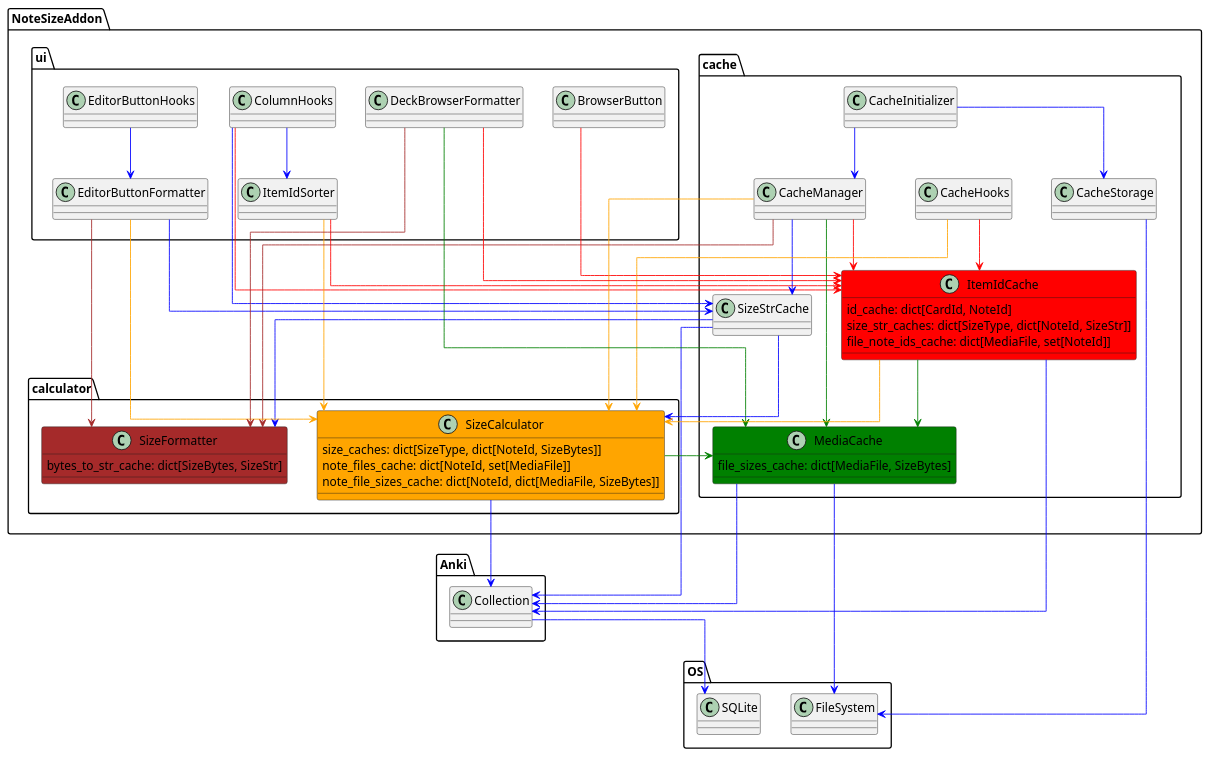
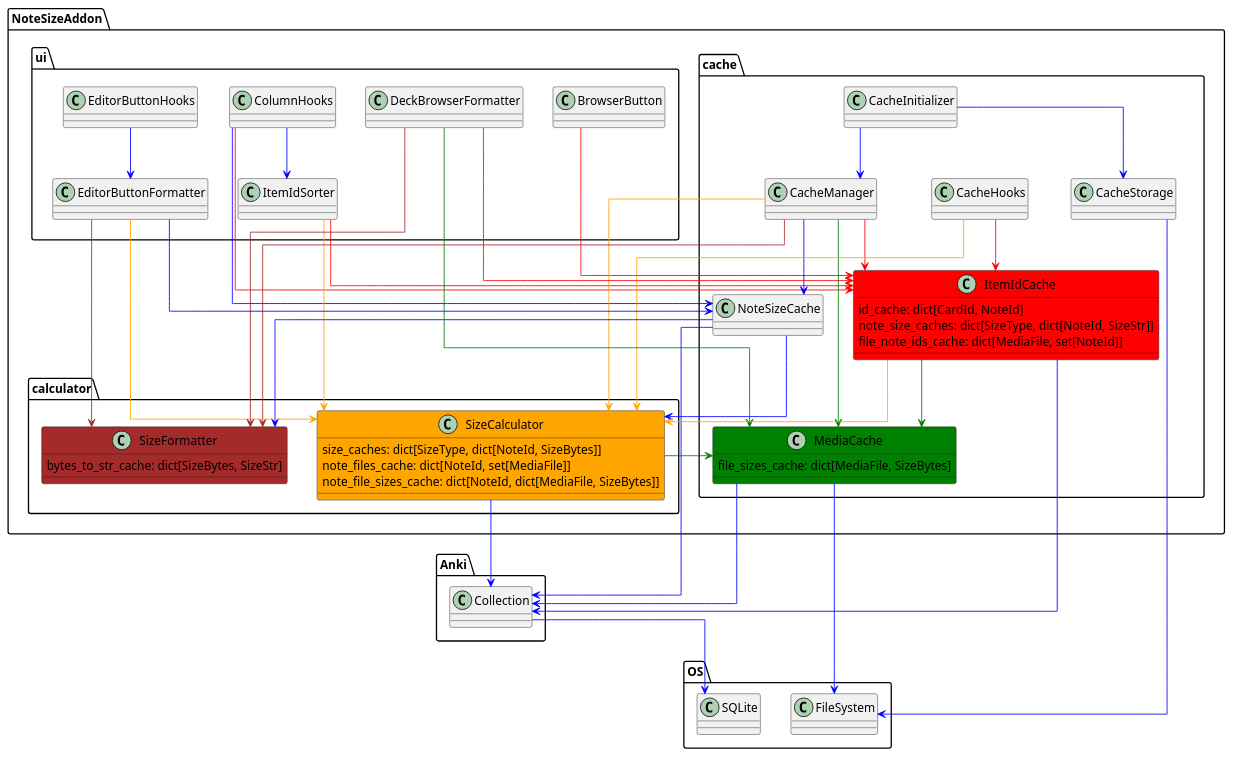
Before and after one commit to Aleks-Ya/note-size-anki-addon: the diagram in docs-template/uml/cache-class-diagram.puml, drawn with PlantUML. The commit also changed 14 other files, not shown here.

Commit message:
Rename SizeStrCache to NoteSizeCache

```diff
--- a/docs-template/uml/cache-class-diagram.puml
+++ b/docs-template/uml/cache-class-diagram.puml
@@ -1,109 +1,109 @@
 @startuml
 skinparam linetype ortho
 skinparam class {
     ArrowColor blue
 }
 'https://plantuml.com/class-diagram
 
 package OS {
     class SQLite
     class FileSystem
 }
 
 package Anki {
     class Collection
 }
 
 package NoteSizeAddon {
 
     package calculator {
         class SizeCalculator #orange {
             size_caches: dict[SizeType, dict[NoteId, SizeBytes]]
             note_files_cache: dict[NoteId, set[MediaFile]]
             note_file_sizes_cache: dict[NoteId, dict[MediaFile, SizeBytes]]
         }
         class SizeFormatter #brown {
             bytes_to_str_cache: dict[SizeBytes, SizeStr]
         }
     }
 
     package cache {
         class CacheManager
         class CacheHooks
         class ItemIdCache #red {
             id_cache: dict[CardId, NoteId]
-            size_str_caches: dict[SizeType, dict[NoteId, SizeStr]]
+            note_size_caches: dict[SizeType, dict[NoteId, SizeStr]]
             file_note_ids_cache: dict[MediaFile, set[NoteId]]
         }
         class MediaCache #green {
             file_sizes_cache: dict[MediaFile, SizeBytes]
         }
         class CacheInitializer
         class CacheStorage
-        class SizeStrCache
+        class NoteSizeCache
     }
 
     package ui {
         together {
                 class EditorButtonHooks
             class EditorButtonFormatter
         }
         class BrowserButton
         class DeckBrowserFormatter
         together {
             class ColumnHooks
             class ItemIdSorter
         }
     }
 }
 
 BrowserButton --> ItemIdCache #red
 
 EditorButtonHooks --> EditorButtonFormatter
 
 ColumnHooks --> ItemIdCache #red
 ColumnHooks --> ItemIdSorter
-ColumnHooks --> SizeStrCache
+ColumnHooks --> NoteSizeCache
 
 ItemIdSorter --> ItemIdCache #red
 ItemIdSorter --> SizeCalculator #orange
 
 CacheInitializer --> CacheManager
 CacheInitializer --> CacheStorage
 
 CacheManager --> MediaCache #green
 CacheManager --> ItemIdCache #red
 CacheManager --> SizeCalculator #orange
 CacheManager --> SizeFormatter #brown
-CacheManager --> SizeStrCache
+CacheManager --> NoteSizeCache
 
 CacheHooks --> ItemIdCache #red
 CacheHooks --> SizeCalculator #orange
 
-SizeStrCache --> Collection
-SizeStrCache --> SizeCalculator
-SizeStrCache --> SizeFormatter
+NoteSizeCache --> Collection
+NoteSizeCache --> SizeCalculator
+NoteSizeCache --> SizeFormatter
 
 Collection --> SQLite
 
-EditorButtonFormatter --> SizeStrCache
+EditorButtonFormatter --> NoteSizeCache
 EditorButtonFormatter --> SizeCalculator #orange
 EditorButtonFormatter --> SizeFormatter #brown
 
 DeckBrowserFormatter --> ItemIdCache #red
 DeckBrowserFormatter --> MediaCache #green
 DeckBrowserFormatter --> SizeFormatter #brown
 
 SizeCalculator --> Collection
 SizeCalculator --> MediaCache #green
 
 CacheStorage --> FileSystem
 
 ItemIdCache --> Collection
 ItemIdCache --> SizeCalculator #orange
 ItemIdCache --> MediaCache #green
 
 MediaCache --> Collection
 MediaCache --> FileSystem
 
 @enduml
```
